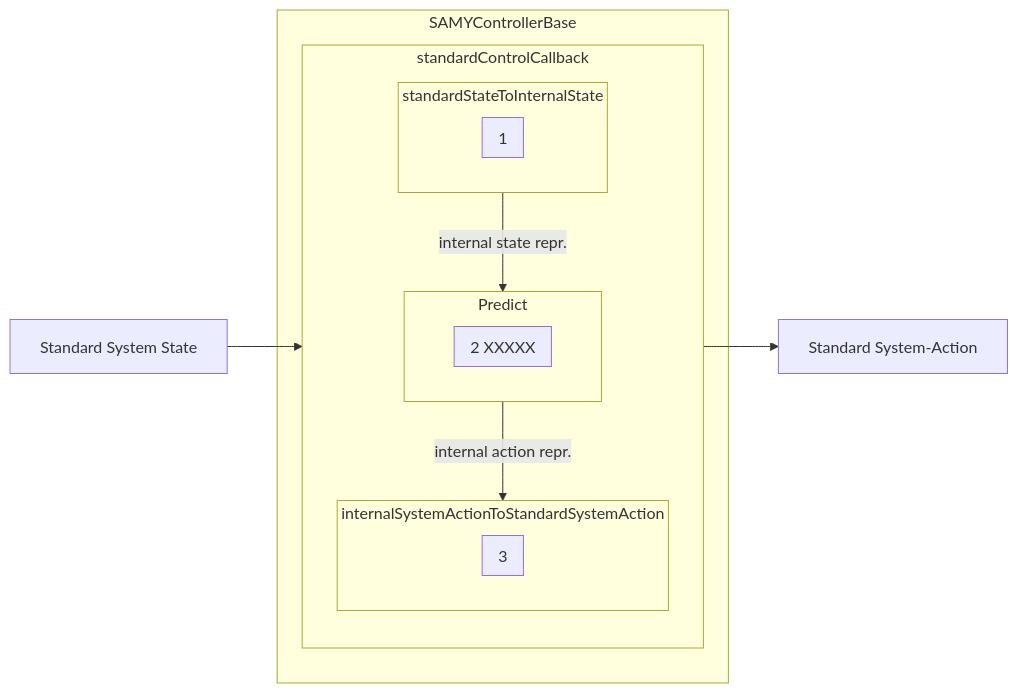
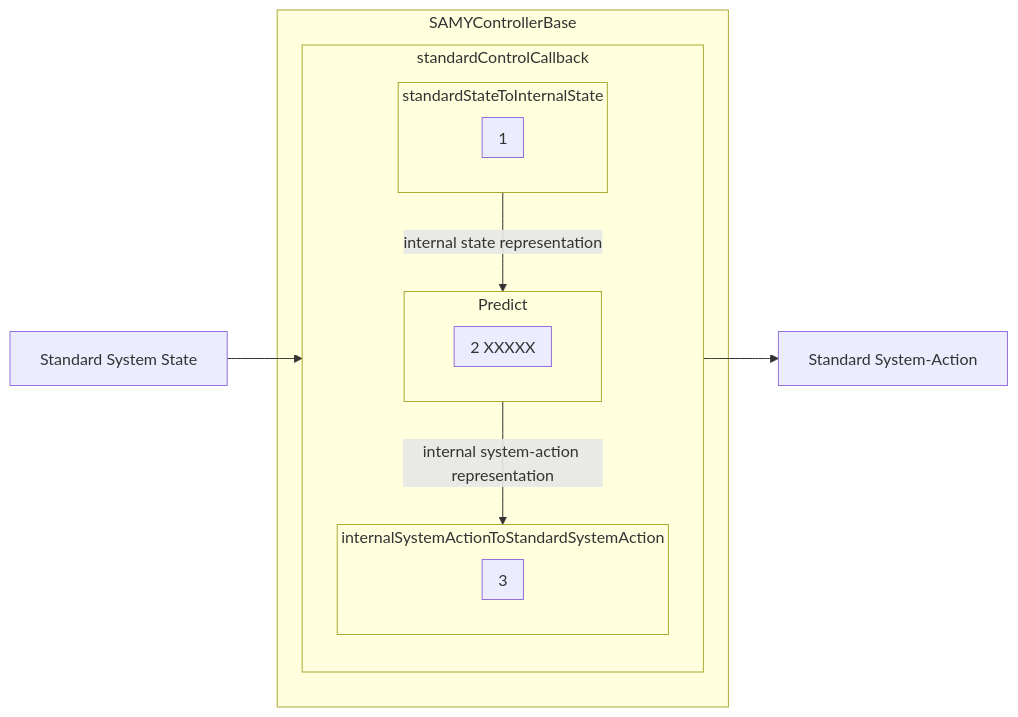
The sixth of 6 diagrams in README.md (TW-Robotics/SAMYControl), drawn with Mermaid before and after one commit. The commit also changed other lines of this file, not shown here.

````diff
--- a/README.md
+++ b/README.md
@@ -128,24 +128,24 @@
 ```mermaid
 flowchart LR
   subgraph SAMYControllerBase
 	subgraph standardControlCallback
 		subgraph standardStateToInternalState
 		    subgraph 1
 		    end
 		end
 		subgraph Predict
 		    subgraph 2   XXXXX
 		    end
 		end
 		subgraph internalSystemActionToStandardSystemAction
 		    subgraph 3
 		    end
 		end
 	end
   end
   A[Standard System State] --> standardControlCallback
-  standardStateToInternalState -- internal state repr. --> Predict
-  Predict -- internal action repr. --> internalSystemActionToStandardSystemAction
+  standardStateToInternalState -- internal state representation --> Predict
+  Predict -- internal system-action representation --> internalSystemActionToStandardSystemAction
   standardControlCallback --> B[Standard System-Action]
 
 ```
````
